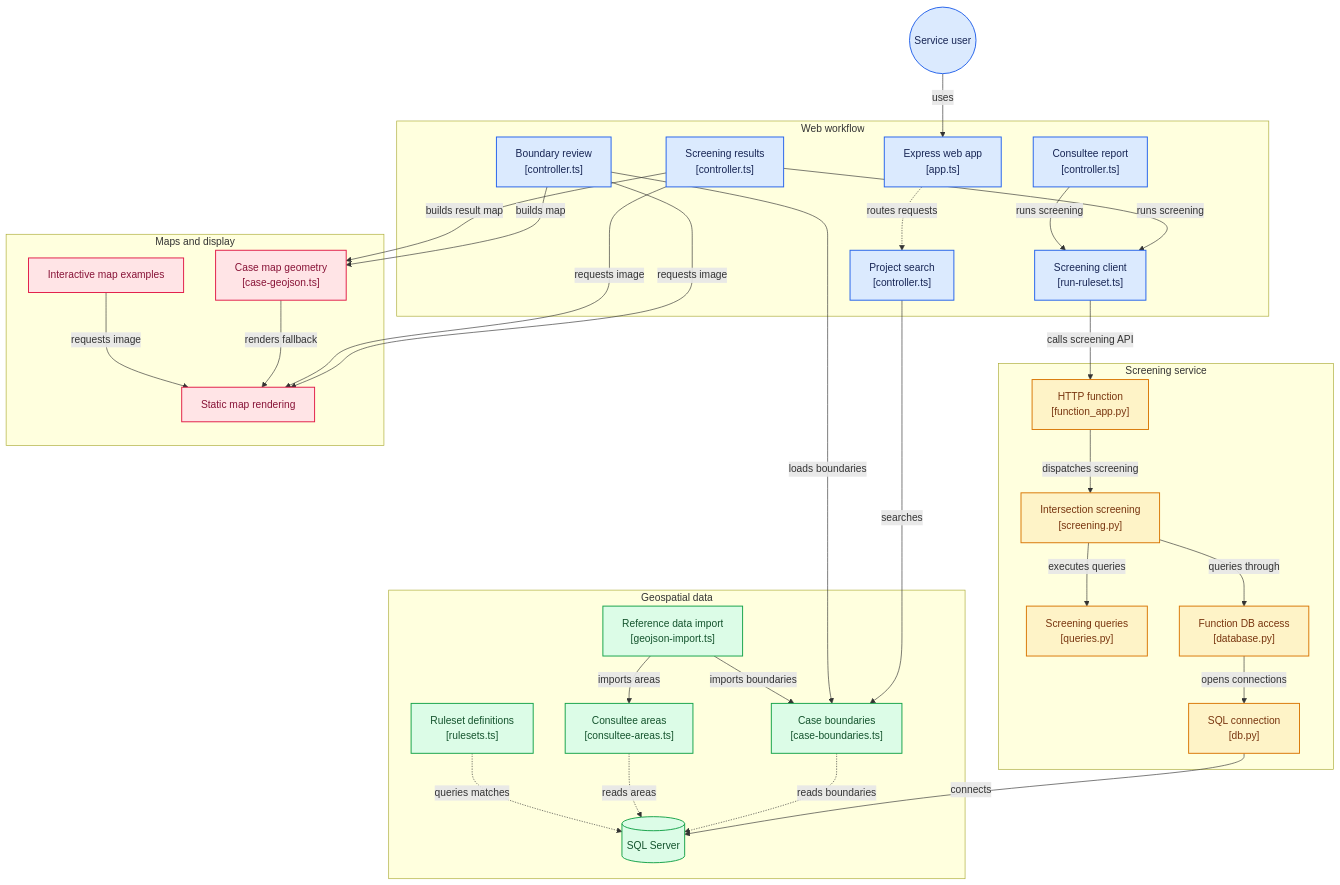
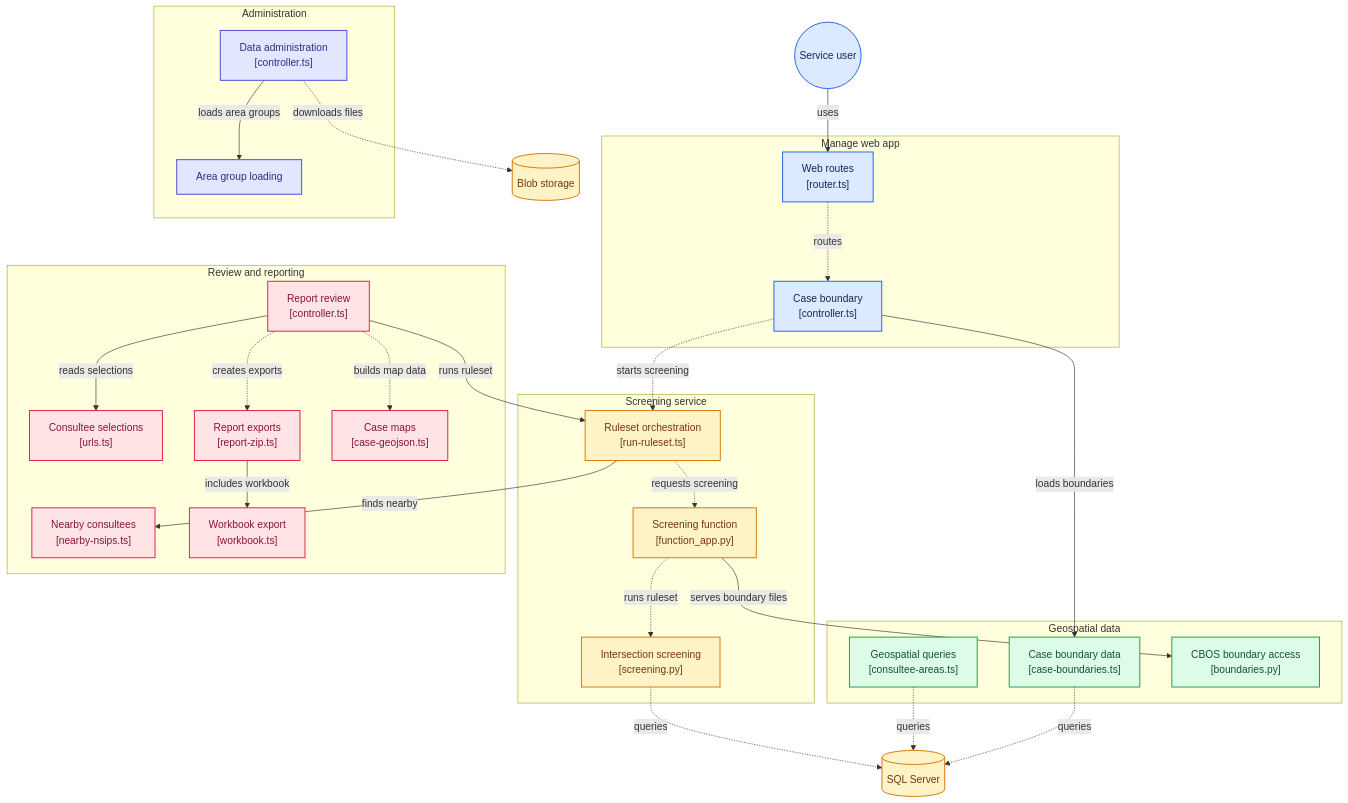
One commit to Planning-Inspectorate/identify-consultees changed the diagram in kt-docs/overview.md. Above: the diagram before and after it, drawn with Mermaid. The commit also changed other lines of this file and 1 other file, not shown here.

Commit message:
docs(overview): refresh the code-level architecture diagram
Regenerate the mermaid diagram in kt-docs/overview.md so it reflects
the current structure: the report journey (selections, exports,
workbook, case maps), nearby consultees, the admin import path, and
blob storage - none of which the old diagram showed. Regenerate the
static PNG fallback and update its alt text to match.

````diff
--- a/kt-docs/overview.md
+++ b/kt-docs/overview.md
@@ -19,81 +19,76 @@
 %% Generated by https://gitdiagram.com/planning-inspectorate/identify-consultees
 flowchart TD
 
-subgraph group_web["Web workflow"]
-  node_manage["Express web app<br/>[app.ts]"]
-  node_search["Project search<br/>[controller.ts]"]
-  node_boundary["Boundary review<br/>[controller.ts]"]
-  node_run["Screening client<br/>[run-ruleset.ts]"]
-  node_results["Screening results<br/>[controller.ts]"]
-  node_report["Consultee report<br/>[controller.ts]"]
+subgraph group_web["Manage web app"]
+  node_webapp["Web routes<br/>[router.ts]"]
+  node_case["Case boundary<br/>[controller.ts]"]
 end
 
 subgraph group_screen["Screening service"]
-  node_function["HTTP function<br/>[function_app.py]"]
-  node_screening["Intersection screening<br/>[screening.py]"]
-  node_query["Screening queries<br/>[queries.py]"]
-  node_pydb["Function DB access<br/>[database.py]"]
-  node_connection["SQL connection<br/>[db.py]"]
+  node_run["Ruleset orchestration<br/>[run-ruleset.ts]"]
+  node_python["Screening function<br/>[function_app.py]"]
+  node_intersector["Intersection screening<br/>[screening.py]"]
 end
 
-subgraph group_data["Geospatial data"]
-  node_sql[("SQL Server")]
-  node_casegeo["Case boundaries<br/>[case-boundaries.ts]"]
-  node_areas["Consultee areas<br/>[consultee-areas.ts]"]
-  node_rulesets["Ruleset definitions<br/>[rulesets.ts]"]
-  node_import["Reference data import<br/>[geojson-import.ts]"]
+subgraph group_geo["Geospatial data"]
+  node_dbgeo["Geospatial queries<br/>[consultee-areas.ts]"]
+  node_casegeo["Case boundary data<br/>[case-boundaries.ts]"]
+  node_cbos["CBOS boundary access<br/>[boundaries.py]"]
 end
 
-subgraph group_maps["Maps and display"]
-  node_maps["Case map geometry<br/>[case-geojson.ts]"]
-  node_staticmap["Static map rendering"]
-  node_examples["Interactive map examples"]
+subgraph group_report["Review and reporting"]
+  node_report["Report review<br/>[controller.ts]"]
+  node_selection["Consultee selections<br/>[urls.ts]"]
+  node_nearby["Nearby consultees<br/>[nearby-nsips.ts]"]
+  node_exports["Report exports<br/>[report-zip.ts]"]
+  node_workbook["Workbook export<br/>[workbook.ts]"]
+  node_maps["Case maps<br/>[case-geojson.ts]"]
+end
+
+subgraph group_admin["Administration"]
+  node_admin["Data administration<br/>[controller.ts]"]
+  node_areagroups["Area group loading"]
 end
 
 node_user(("Service user"))
+node_sql[("SQL Server")]
+node_blob[("Blob storage")]
 
-node_user -->|"uses"| node_manage
-node_search -->|"searches"| node_casegeo
-node_boundary -->|"loads boundaries"| node_casegeo
-node_boundary -->|"builds map"| node_maps
-node_boundary -->|"requests image"| node_staticmap
-node_results -->|"runs screening"| node_run
-node_report -->|"runs screening"| node_run
-node_run -->|"calls screening API"| node_function
-node_function -->|"dispatches screening"| node_screening
-node_screening -->|"executes queries"| node_query
-node_screening -->|"queries through"| node_pydb
-node_pydb -->|"opens connections"| node_connection
-node_connection -->|"connects"| node_sql
-node_casegeo -.->|"reads boundaries"| node_sql
-node_areas -.->|"reads areas"| node_sql
-node_rulesets -.->|"queries matches"| node_sql
-node_import -->|"imports boundaries"| node_casegeo
-node_import -->|"imports areas"| node_areas
-node_results -->|"builds result map"| node_maps
-node_results -->|"requests image"| node_staticmap
-node_maps -->|"renders fallback"| node_staticmap
-node_examples -->|"requests image"| node_staticmap
-node_manage -.->|"routes requests"| node_search
+node_user -->|"uses"| node_webapp
+node_webapp -.->|"routes"| node_case
+node_case -->|"loads boundaries"| node_casegeo
+node_case -.->|"starts screening"| node_run
+node_run -->|"finds nearby"| node_nearby
+node_run -.->|"requests screening"| node_python
+node_python -.->|"runs ruleset"| node_intersector
+node_intersector -.->|"queries"| node_sql
+node_dbgeo -.->|"queries"| node_sql
+node_casegeo -.->|"queries"| node_sql
+node_python -->|"serves boundary files"| node_cbos
+node_report -->|"runs ruleset"| node_run
+node_report -->|"reads selections"| node_selection
+node_report -.->|"creates exports"| node_exports
+node_exports -->|"includes workbook"| node_workbook
+node_report -.->|"builds map data"| node_maps
+node_admin -->|"loads area groups"| node_areagroups
+node_admin -.->|"downloads files"| node_blob
 
-click node_manage "https://github.com/planning-inspectorate/identify-consultees/blob/main/apps/manage/src/app/app.ts"
-click node_search "https://github.com/planning-inspectorate/identify-consultees/blob/main/apps/manage/src/app/views/home/controller.ts"
-click node_boundary "https://github.com/planning-inspectorate/identify-consultees/blob/main/apps/manage/src/app/views/consultees/project/controller.ts"
+click node_webapp "https://github.com/planning-inspectorate/identify-consultees/blob/main/apps/manage/src/app/router.ts"
+click node_case "https://github.com/planning-inspectorate/identify-consultees/blob/main/apps/manage/src/app/views/consultees/project/controller.ts"
 click node_run "https://github.com/planning-inspectorate/identify-consultees/blob/main/apps/manage/src/app/views/consultees/run-ruleset.ts"
-click node_results "https://github.com/planning-inspectorate/identify-consultees/blob/main/apps/manage/src/app/views/consultees/results/controller.ts"
+click node_python "https://github.com/planning-inspectorate/identify-consultees/blob/main/apps/function-python/function_app.py"
+click node_intersector "https://github.com/planning-inspectorate/identify-consultees/blob/main/apps/function-python/intersector/screening.py"
+click node_dbgeo "https://github.com/planning-inspectorate/identify-consultees/blob/main/packages/database/src/geospatial/consultee-areas.ts"
+click node_casegeo "https://github.com/planning-inspectorate/identify-consultees/blob/main/packages/database/src/geospatial/case-boundaries.ts"
+click node_cbos "https://github.com/planning-inspectorate/identify-consultees/blob/main/apps/function-python/cbos/boundaries.py"
 click node_report "https://github.com/planning-inspectorate/identify-consultees/blob/main/apps/manage/src/app/views/consultees/report/controller.ts"
-click node_function "https://github.com/planning-inspectorate/identify-consultees/blob/main/apps/function-python/function_app.py"
-click node_screening "https://github.com/planning-inspectorate/identify-consultees/blob/main/apps/function-python/intersector/screening.py"
-click node_query "https://github.com/planning-inspectorate/identify-consultees/blob/main/apps/function-python/intersector/queries.py"
-click node_pydb "https://github.com/planning-inspectorate/identify-consultees/blob/main/apps/function-python/intersector/database.py"
-click node_connection "https://github.com/planning-inspectorate/identify-consultees/blob/main/apps/function-python/setup_database/db.py"
-click node_casegeo "https://github.com/planning-inspectorate/identify-consultees/blob/main/packages/database/src/geospatial/case-boundaries.ts"
-click node_areas "https://github.com/planning-inspectorate/identify-consultees/blob/main/packages/database/src/geospatial/consultee-areas.ts"
-click node_rulesets "https://github.com/planning-inspectorate/identify-consultees/blob/main/packages/database/src/geospatial/rulesets.ts"
+click node_selection "https://github.com/planning-inspectorate/identify-consultees/blob/main/apps/manage/src/app/views/consultees/report/urls.ts"
+click node_nearby "https://github.com/planning-inspectorate/identify-consultees/blob/main/apps/manage/src/app/views/consultees/nearby-nsips.ts"
+click node_exports "https://github.com/planning-inspectorate/identify-consultees/blob/main/apps/manage/src/app/views/consultees/report/export/report-zip.ts"
+click node_workbook "https://github.com/planning-inspectorate/identify-consultees/blob/main/apps/manage/src/app/views/consultees/report/export/workbook.ts"
 click node_maps "https://github.com/planning-inspectorate/identify-consultees/blob/main/apps/manage/src/app/maps/case-geojson.ts"
-click node_staticmap "https://github.com/planning-inspectorate/identify-consultees/blob/main/apps/manage/src/app/maps/serve-static-map.ts"
-click node_examples "https://github.com/planning-inspectorate/identify-consultees/blob/main/apps/manage/src/app/maps/interactive-map-examples.ts"
-click node_import "https://github.com/planning-inspectorate/identify-consultees/blob/main/packages/database/src/seed/geojson-import.ts"
+click node_admin "https://github.com/planning-inspectorate/identify-consultees/blob/main/apps/manage/src/app/admin/import-reference-data/controller.ts"
+click node_areagroups "https://github.com/planning-inspectorate/identify-consultees/blob/main/packages/database/src/seed/consultee-area-groups.ts"
 
 classDef toneNeutral fill:#f8fafc,stroke:#334155,stroke-width:1.5px,color:#0f172a
 classDef toneBlue fill:#dbeafe,stroke:#2563eb,stroke-width:1.5px,color:#172554
@@ -102,8 +97,9 @@
 classDef toneRose fill:#ffe4e6,stroke:#e11d48,stroke-width:1.5px,color:#881337
 classDef toneIndigo fill:#e0e7ff,stroke:#4f46e5,stroke-width:1.5px,color:#312e81
 classDef toneTeal fill:#ccfbf1,stroke:#0f766e,stroke-width:1.5px,color:#134e4a
-class node_manage,node_search,node_boundary,node_run,node_results,node_report,node_user toneBlue
-class node_function,node_screening,node_query,node_pydb,node_connection toneAmber
-class node_sql,node_casegeo,node_areas,node_rulesets,node_import toneMint
-class node_maps,node_staticmap,node_examples toneRose
+class node_webapp,node_case,node_user toneBlue
+class node_run,node_python,node_intersector,node_sql,node_blob toneAmber
+class node_dbgeo,node_casegeo,node_cbos toneMint
+class node_report,node_selection,node_nearby,node_exports,node_workbook,node_maps toneRose
+class node_admin,node_areagroups toneIndigo
 ```
````
